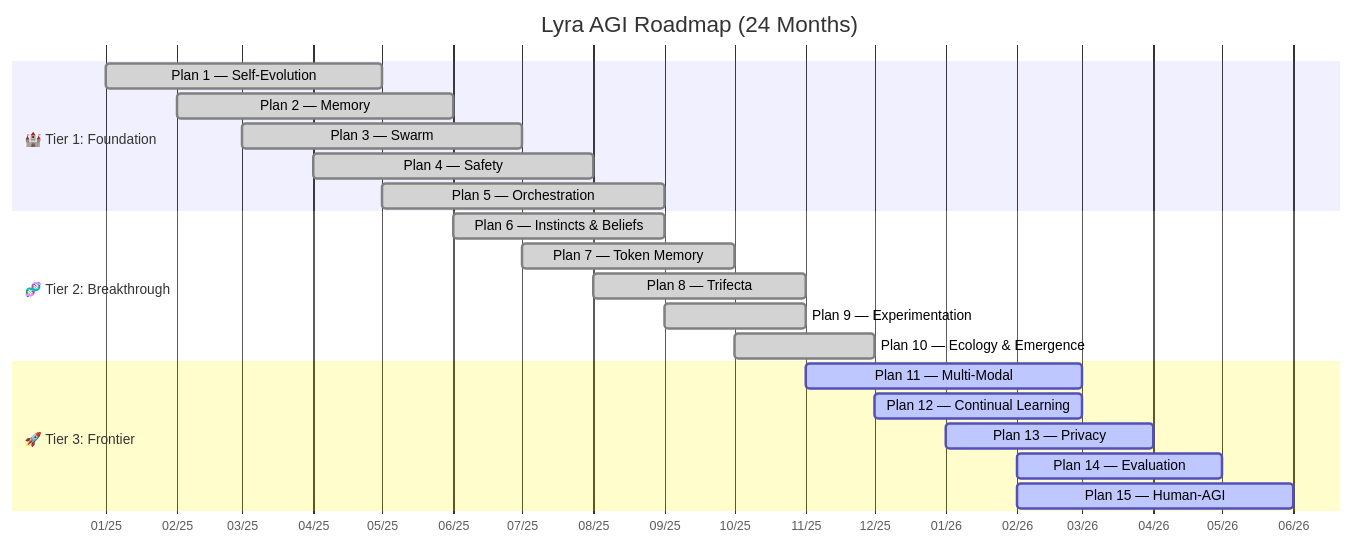
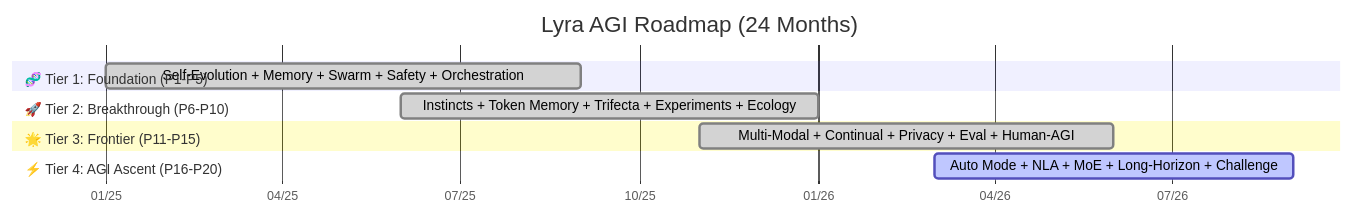
One commit to ndqkhanh/lyra changed the third of 5 diagrams in README.md. Above: the diagram before and after it, drawn with Mermaid. The commit also changed other lines of this file, not shown here.

First line of the commit message:
📚 Rewrite README: 124 packages, 20 plans, 5 mermaid diagrams, 23 research waves

````diff
--- a/README.md
+++ b/README.md
@@ -77,27 +81,18 @@
 ```mermaid
 gantt
     title Lyra AGI Roadmap (24 Months)
     dateFormat  YYYY-MM
     axisFormat  %m/%y
     
-    section 🏰 Tier 1: Foundation
-    Plan 1 — Self-Evolution      :done, 2025-01, 2025-05
-    Plan 2 — Memory              :done, 2025-02, 2025-06
-    Plan 3 — Swarm               :done, 2025-03, 2025-07
-    Plan 4 — Safety              :done, 2025-04, 2025-08
-    Plan 5 — Orchestration       :done, 2025-05, 2025-09
+    section 🧬 Tier 1: Foundation (P1-P5)
+    Self-Evolution + Memory + Swarm + Safety + Orchestration :done, 2025-01, 2025-09
     
-    section 🧬 Tier 2: Breakthrough
-    Plan 6 — Instincts & Beliefs  :done, 2025-06, 2025-09
-    Plan 7 — Token Memory         :done, 2025-07, 2025-10
-    Plan 8 — Trifecta             :done, 2025-08, 2025-11
-    Plan 9 — Experimentation      :done, 2025-09, 2025-11
-    Plan 10 — Ecology & Emergence  :done, 2025-10, 2025-12
+    section 🚀 Tier 2: Breakthrough (P6-P10)
+    Instincts + Token Memory + Trifecta + Experiments + Ecology :done, 2025-06, 2026-01
     
-    section 🚀 Tier 3: Frontier
-    Plan 11 — Multi-Modal         :active, 2025-11, 2026-03
-    Plan 12 — Continual Learning  :active, 2025-12, 2026-03
-    Plan 13 — Privacy             :active, 2026-01, 2026-04
-    Plan 14 — Evaluation          :active, 2026-02, 2026-05
-    Plan 15 — Human-AGI           :active, 2026-02, 2026-06
+    section 🌟 Tier 3: Frontier (P11-P15)
+    Multi-Modal + Continual + Privacy + Eval + Human-AGI :done, 2025-11, 2026-06
+    
+    section ⚡ Tier 4: AGI Ascent (P16-P20)
+    Auto Mode + NLA + MoE + Long-Horizon + Challenge :active, 2026-03, 2026-09
 ```
````
